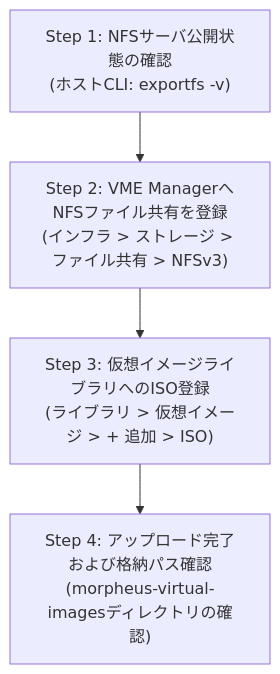
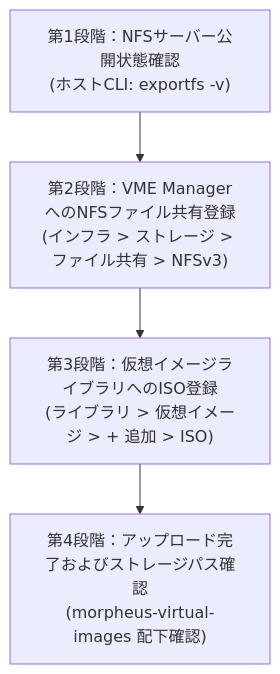
Before and after one commit to CheolKyunYU/cknotes: the diagram in content/posts/simplivity-vme-iso-image-upload-guide/index.jp.md, drawn with Mermaid. The commit also changed other lines of this file and 40 other files, not shown here.

````diff
--- a/content/posts/simplivity-vme-iso-image-upload-guide/index.jp.md
+++ b/content/posts/simplivity-vme-iso-image-upload-guide/index.jp.md
@@ -32,7 +29,7 @@
 ```mermaid
 flowchart TD
-    Step1["Step 1: NFSサーバ公開状態の確認<br/>(ホストCLI: exportfs -v)"] --> Step2
-    Step2["Step 2: VME ManagerへNFSファイル共有を登録<br/>(インフラ > ストレージ > ファイル共有 > NFSv3)"] --> Step3
-    Step3["Step 3: 仮想イメージライブラリへのISO登録<br/>(ライブラリ > 仮想イメージ > + 追加 > ISO)"] --> Step4
-    Step4["Step 4: アップロード完了および格納パス確認<br/>(morpheus-virtual-imagesディレクトリの確認)"]
+    Step1["第1段階：NFSサーバー公開状態確認<br/>(ホストCLI: exportfs -v)"] --> Step2
+    Step2["第2段階：VME ManagerへのNFSファイル共有登録<br/>(インフラ > ストレージ > ファイル共有 > NFSv3)"] --> Step3
+    Step3["第3段階：仮想イメージライブラリへのISO登録<br/>(ライブラリ > 仮想イメージ > + 追加 > ISO)"] --> Step4
+    Step4["第4段階：アップロード完了およびストレージパス確認<br/>(morpheus-virtual-images 配下確認)"]
 ```
````
